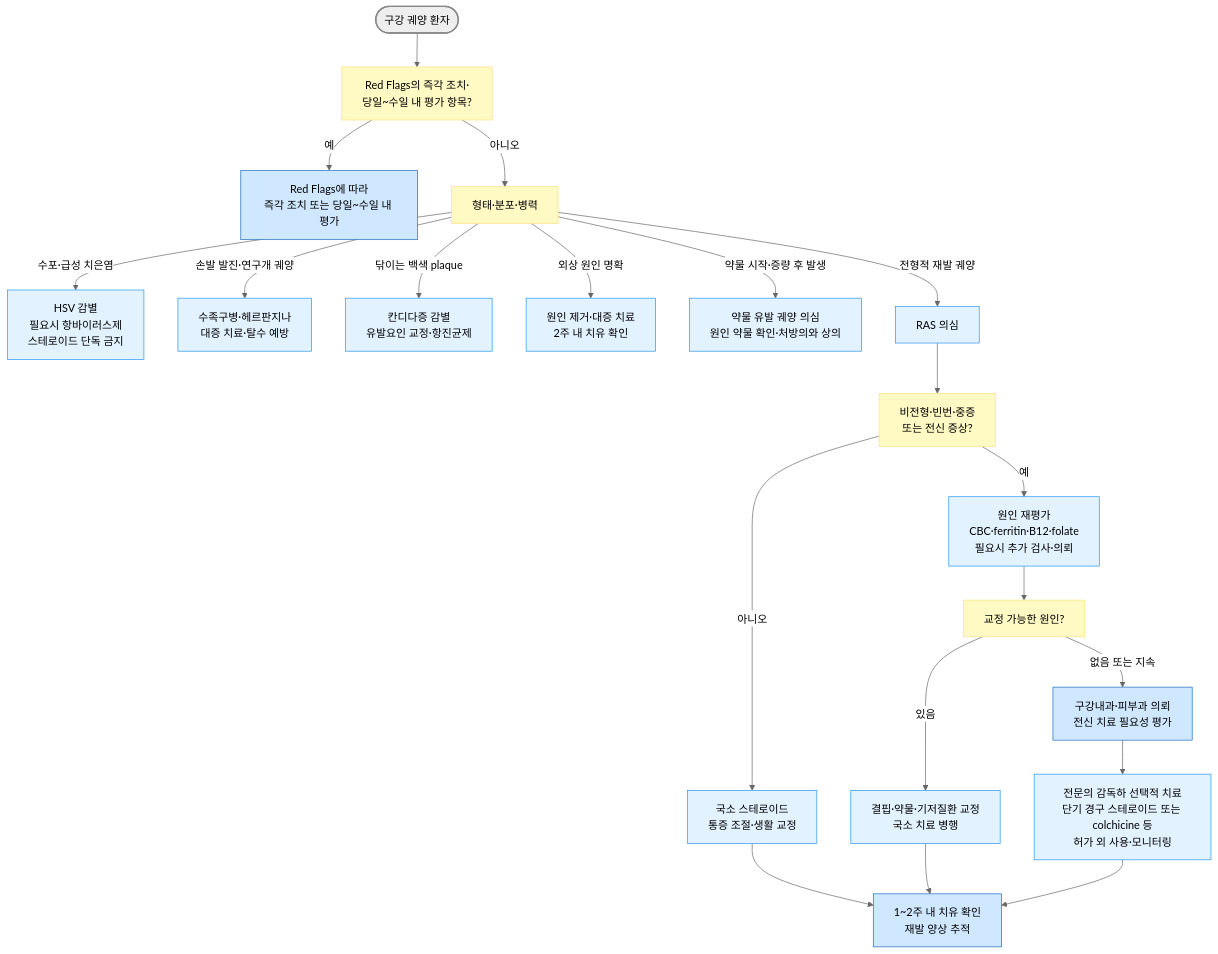
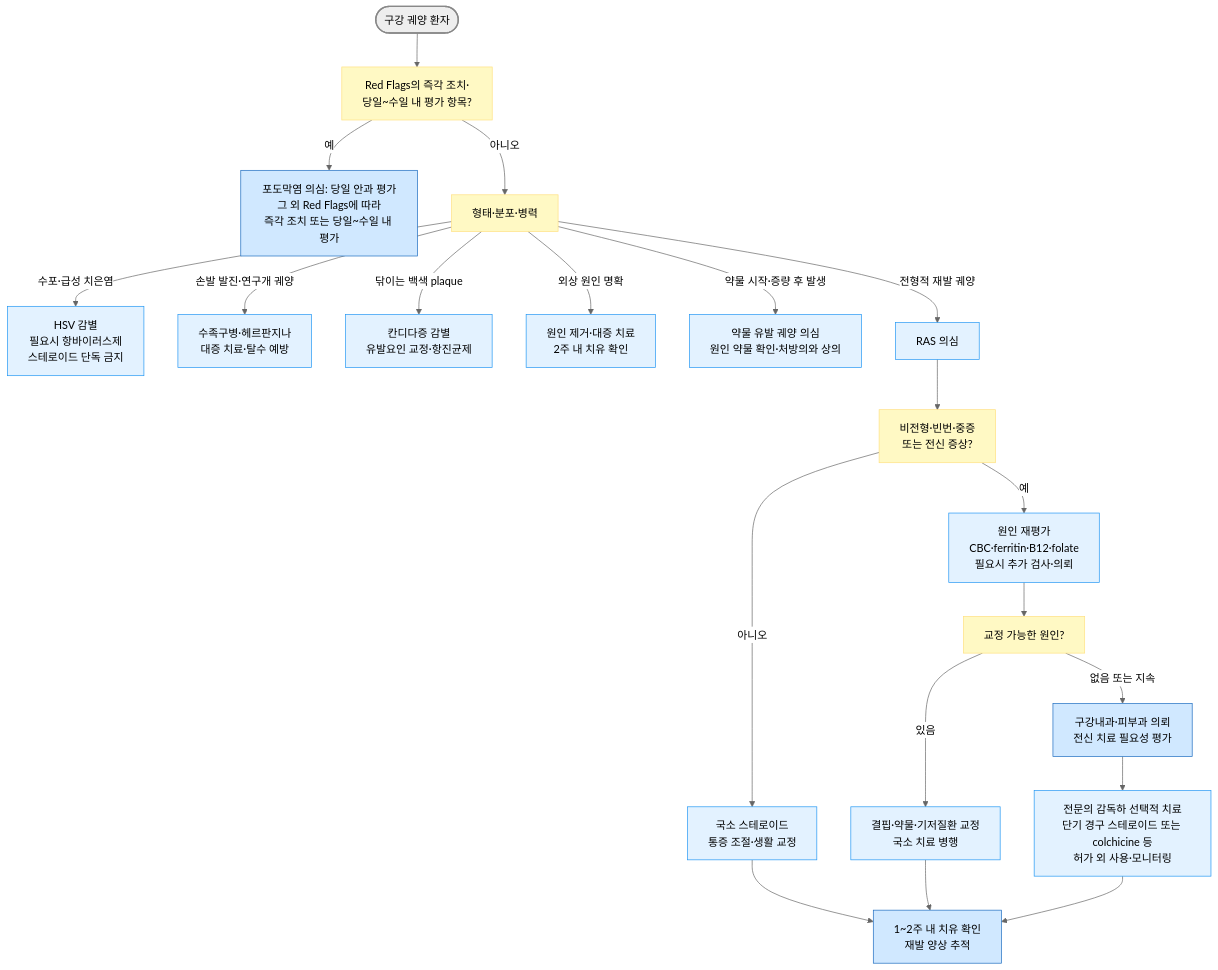
One commit to familyoh77/familyoh77 changed the diagram in 222_/054_-stomatitis.md. Above: the diagram before and after it, drawn with Mermaid (neutral theme). The commit also changed other lines of this file, not shown here.

````diff
--- a/222_/054_-stomatitis.md
+++ b/222_/054_-stomatitis.md
@@ -258,31 +259,31 @@
 ```mermaid
 flowchart TD
     A([구강 궤양 환자]) --> PRE["Red Flags의 즉각 조치·<br/>당일~수일 내 평가 항목?"]
-    PRE --> |예| RF["Red Flags에 따라<br/>즉각 조치 또는 당일~수일 내 평가"]
+    PRE --> |예| RF["포도막염 의심: 당일 안과 평가<br/>그 외 Red Flags에 따라<br/>즉각 조치 또는 당일~수일 내 평가"]
     PRE --> |아니오| DIFF["형태·분포·병력"]
     DIFF --> |수포·급성 치은염| HSV["HSV 감별<br/>필요시 항바이러스제<br/>스테로이드 단독 금지"]
     DIFF --> |손발 발진·연구개 궤양| ENT["수족구병·헤르판지나<br/>대증 치료·탈수 예방"]
     DIFF --> |닦이는 백색 plaque| CAND["칸디다증 감별<br/>유발요인 교정·항진균제"]
     DIFF --> |외상 원인 명확| TRAUMA["원인 제거·대증 치료<br/>2주 내 치유 확인"]
     DIFF --> |약물 시작·증량 후 발생| DRUG["약물 유발 궤양 의심<br/>원인 약물 확인·처방의와 상의"]
     DIFF --> |전형적 재발 궤양| RAS["RAS 의심"]
 
     RAS --> SEV["비전형·빈번·중증<br/>또는 전신 증상?"]
     SEV --> |아니오| LOCAL["국소 스테로이드<br/>통증 조절·생활 교정"]
     SEV --> |예| WORK["원인 재평가<br/>CBC·ferritin·B12·folate<br/>필요시 추가 검사·의뢰"]
     WORK --> CAUSE["교정 가능한 원인?"]
     CAUSE --> |있음| CORRECT["결핍·약물·기저질환 교정<br/>국소 치료 병행"]
     CAUSE --> |없음 또는 지속| REFER["구강내과·피부과 의뢰<br/>전신 치료 필요성 평가"]
     REFER --> SYSTEMIC["전문의 감독하 선택적 치료<br/>단기 경구 스테로이드 또는 colchicine 등<br/>허가 외 사용·모니터링"]
     LOCAL --> FOLLOW["1~2주 내 치유 확인<br/>재발 양상 추적"]
     CORRECT --> FOLLOW
     SYSTEMIC --> FOLLOW
 
 style A fill:#eeeeee,stroke:#888888,stroke-width:2px
 classDef yellow fill:#fff9c4,stroke:#ffe082
 class PRE,DIFF,SEV,CAUSE yellow
 classDef sky fill:#e3f2ff,stroke:#2196f3
 class HSV,ENT,CAND,TRAUMA,DRUG,RAS,LOCAL,WORK,CORRECT,SYSTEMIC sky
 classDef blue fill:#d0e8ff,stroke:#1a6abf
 class RF,REFER,FOLLOW blue
 ```
````
